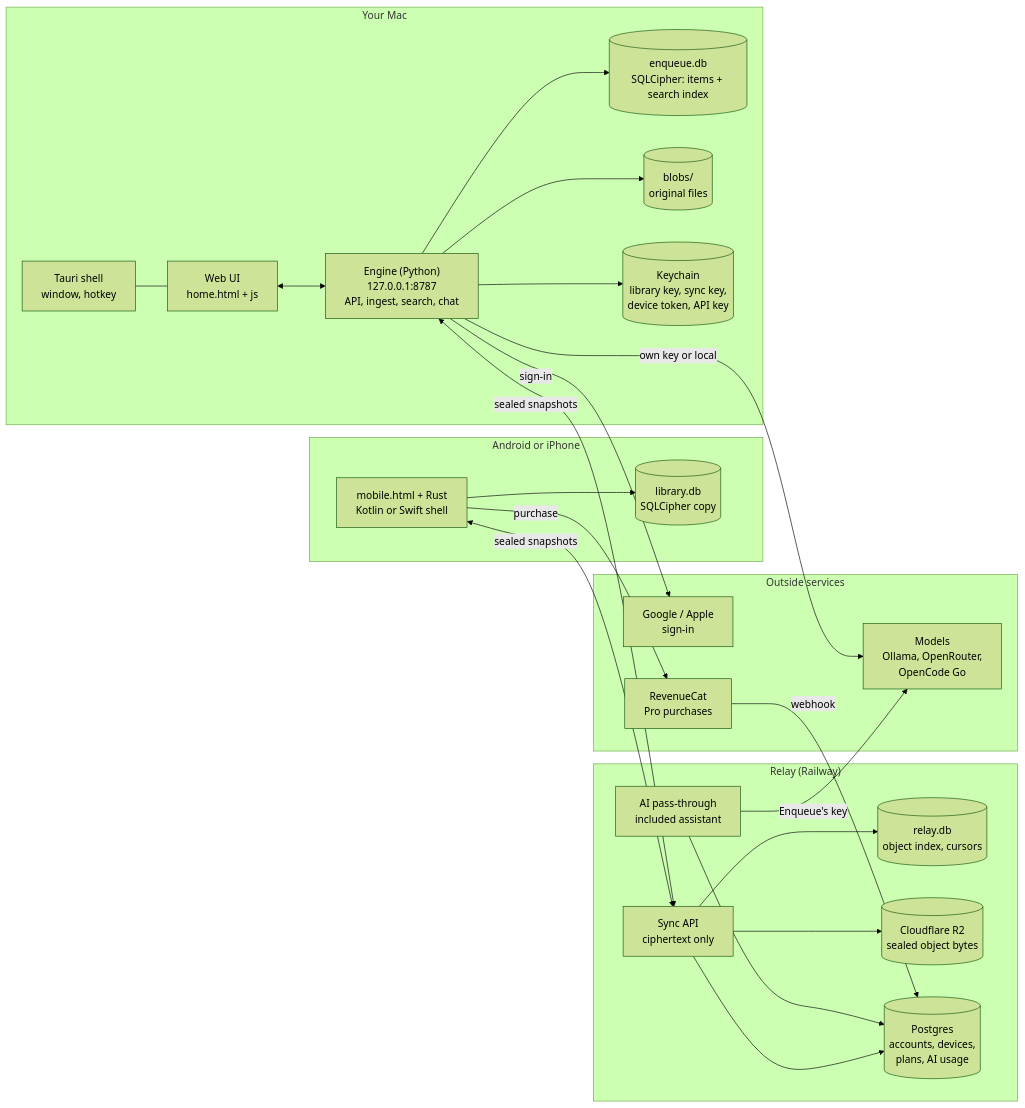
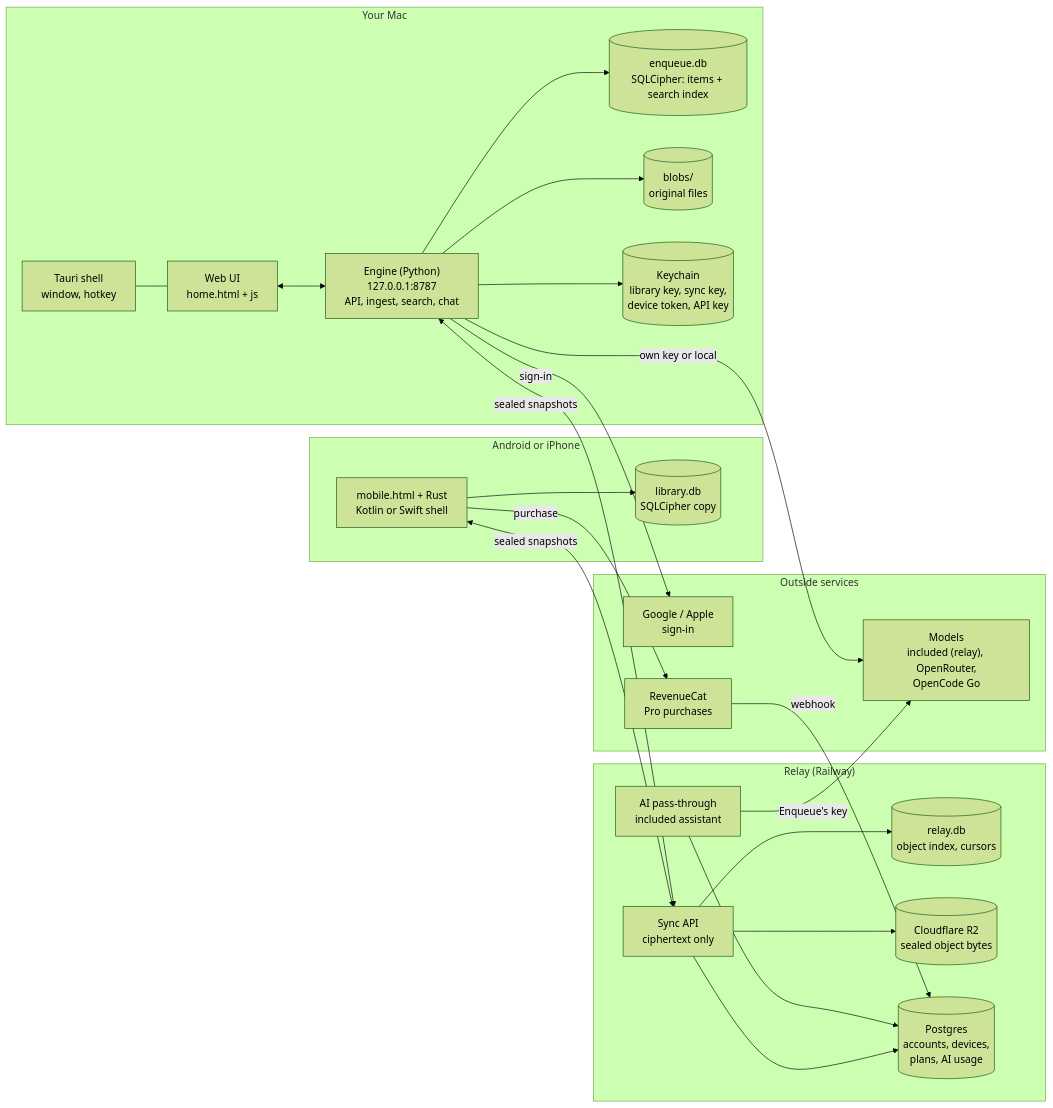
One commit to sudohnim/enqueue changed the first of 3 diagrams in docs/ARCHITECTURE.md. Above: the diagram before and after it, drawn with Mermaid (forest theme). The commit also changed other lines of this file and 33 other files, not shown here.

````diff
--- a/docs/ARCHITECTURE.md
+++ b/docs/ARCHITECTURE.md
@@ -8,48 +8,48 @@
 ```mermaid
 flowchart LR
   subgraph Mac["Your Mac"]
     Shell["Tauri shell<br/>window, hotkey"]
     UI["Web UI<br/>home.html + js"]
     Engine["Engine (Python)<br/>127.0.0.1:8787<br/>API, ingest, search, chat"]
     DB[("enqueue.db<br/>SQLCipher: items + search index")]
     Blobs[("blobs/<br/>original files")]
     Keychain[("Keychain<br/>library key, sync key,<br/>device token, API key")]
     Shell --- UI
     UI <--> Engine
     Engine --> DB
     Engine --> Blobs
     Engine --> Keychain
   end
 
   subgraph Relay["Relay (Railway)"]
     SyncAPI["Sync API<br/>ciphertext only"]
     Index[("relay.db<br/>object index, cursors")]
     R2[("Cloudflare R2<br/>sealed object bytes")]
     Accounts[("Postgres<br/>accounts, devices,<br/>plans, AI usage")]
     AI["AI pass-through<br/>included assistant"]
     SyncAPI --> Index
     SyncAPI --> R2
     SyncAPI --> Accounts
     AI --> Accounts
   end
 
   subgraph Phone["Android or iPhone"]
     App["mobile.html + Rust<br/>Kotlin or Swift shell"]
     PhoneDB[("library.db<br/>SQLCipher copy")]
     App --> PhoneDB
   end
 
   subgraph Outside["Outside services"]
     Sign["Google / Apple<br/>sign-in"]
     RC["RevenueCat<br/>Pro purchases"]
-    Models["Models<br/>Ollama, OpenRouter,<br/>OpenCode Go"]
+    Models["Models<br/>included (relay), OpenRouter,<br/>OpenCode Go"]
   end
 
   Engine <-->|sealed snapshots| SyncAPI
   App <-->|sealed snapshots| SyncAPI
   Engine -->|own key or local| Models
   AI -->|Enqueue's key| Models
   Engine -->|sign-in| Sign
   RC -->|webhook| Accounts
   App -->|purchase| RC
 ```
````
